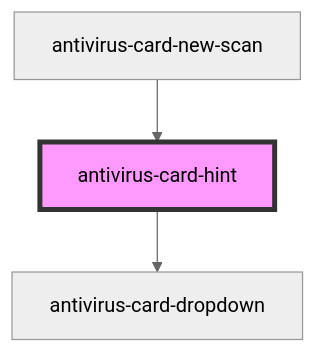
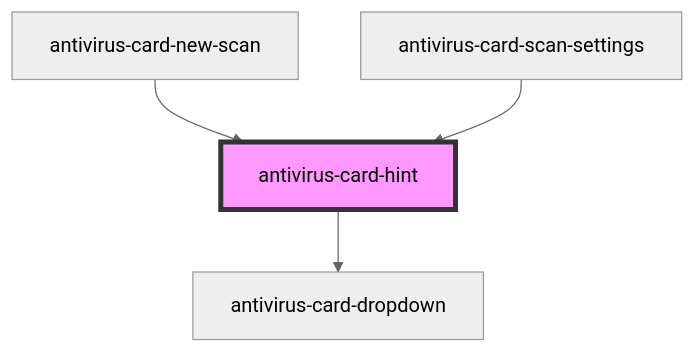
Before and after one commit to ispsystem/plugin-imunify: the diagram in client/packages/antivirus-card/src/components/hint/readme.md, drawn with Mermaid (neutral theme). The commit also changed other lines of this file and 33 other files, not shown here.

First line of the commit message:
wip(antivirus-card): 🚧 setting-scan component

````diff
--- a/client/packages/antivirus-card/src/components/hint/readme.md
+++ b/client/packages/antivirus-card/src/components/hint/readme.md
@@ -26,6 +27,7 @@
 ```mermaid
 graph TD;
   antivirus-card-hint --> antivirus-card-dropdown
   antivirus-card-new-scan --> antivirus-card-hint
+  antivirus-card-scan-settings --> antivirus-card-hint
   style antivirus-card-hint fill:#f9f,stroke:#333,stroke-width:4px
 ```
````
